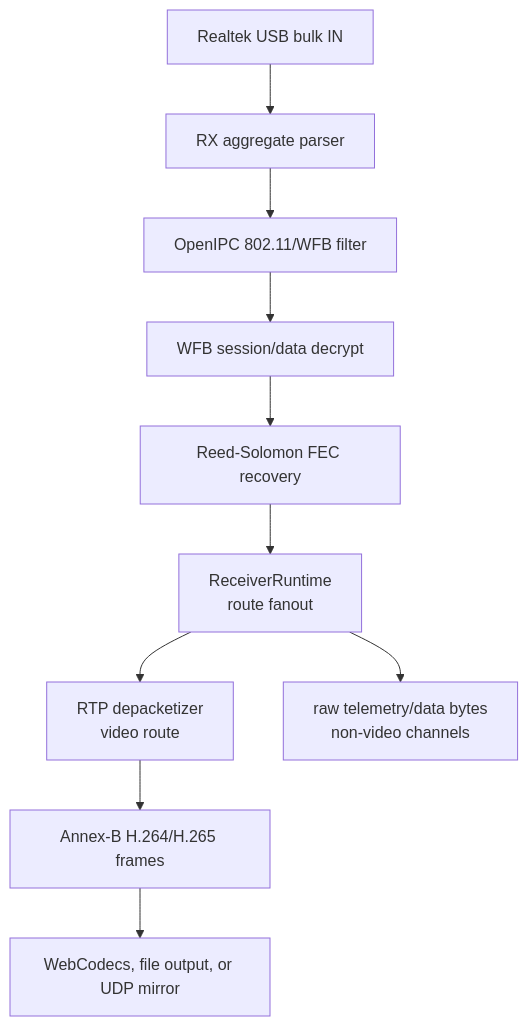
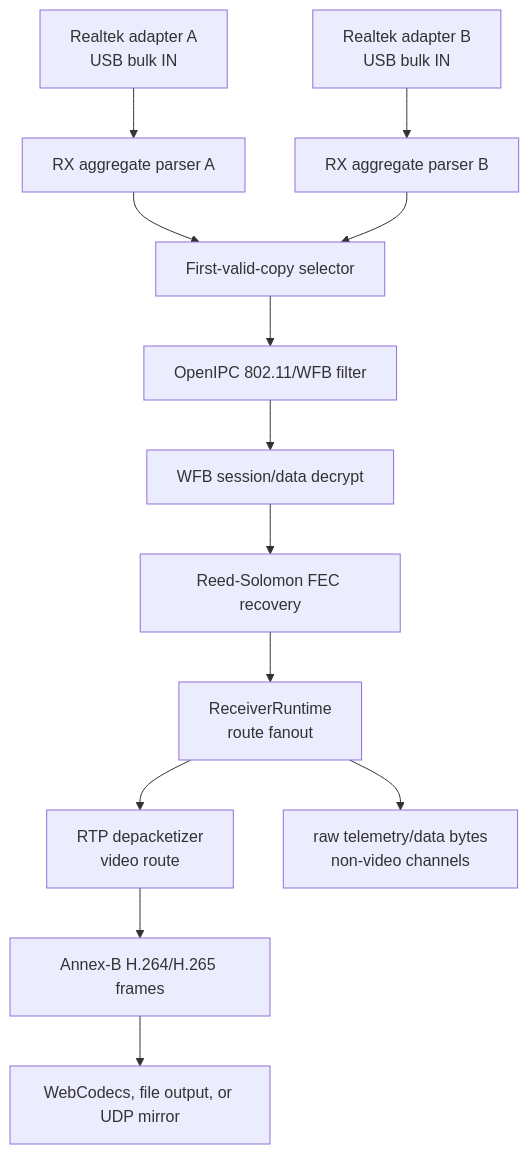
The second of 3 diagrams in docs/docs/architecture.md (neelsani/openipc-rs), drawn with Mermaid before and after one commit. The commit also changed other lines of this file and 32 other files, not shown here.

````diff
--- a/docs/docs/architecture.md
+++ b/docs/docs/architecture.md
@@ -118,12 +121,15 @@
 ```mermaid
 flowchart TD
-    A["Realtek USB bulk IN"] --> B["RX aggregate parser"]
-    B --> C["OpenIPC 802.11/WFB filter"]
+    A1["Realtek adapter A<br/>USB bulk IN"] --> B1["RX aggregate parser A"]
+    A2["Realtek adapter B<br/>USB bulk IN"] --> B2["RX aggregate parser B"]
+    B1 --> S["First-valid-copy selector"]
+    B2 --> S
+    S --> C["OpenIPC 802.11/WFB filter"]
     C --> D["WFB session/data decrypt"]
     D --> E["Reed-Solomon FEC recovery"]
     E --> P["ReceiverRuntime<br/>route fanout"]
     P --> F["RTP depacketizer<br/>video route"]
     F --> G["Annex-B H.264/H.265 frames"]
     G --> H["WebCodecs, file output, or UDP mirror"]
     P --> J["raw telemetry/data bytes<br/>non-video channels"]
 ```
````
